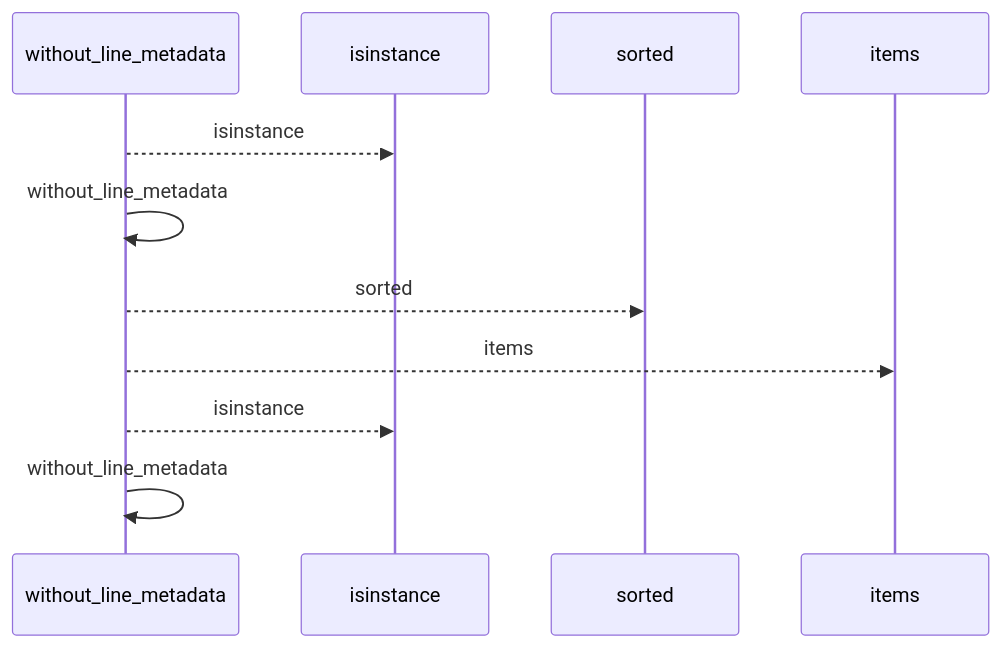
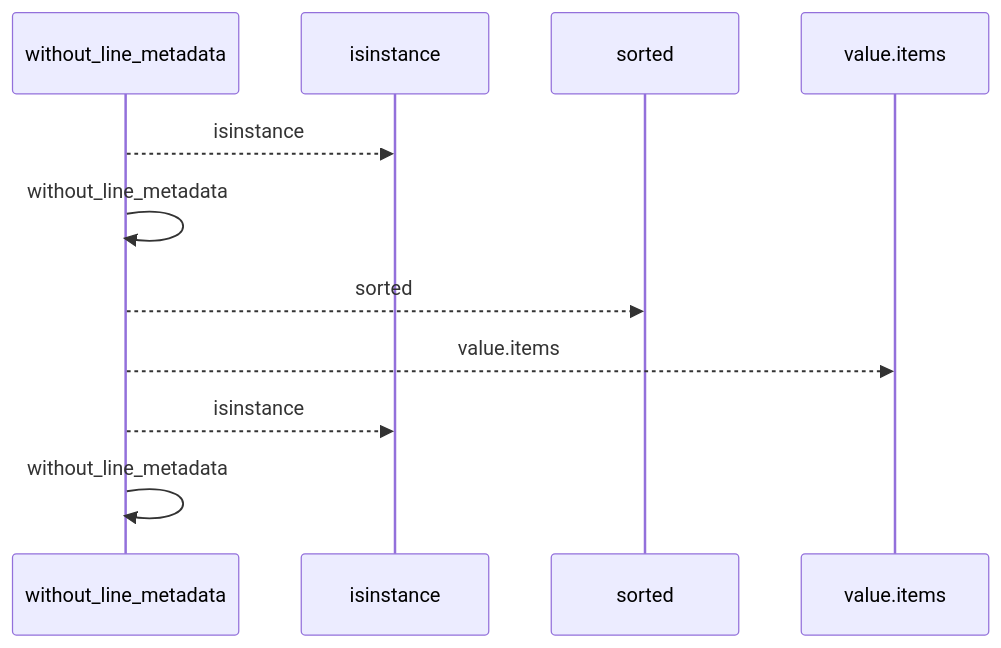
One commit to Denissvgn/python-wiki-llm changed the first of 2 diagrams in docs/llm_wiki/flows/api-without_line_metadata.md. Above: the diagram before and after it, drawn with Mermaid. The commit also changed other lines of this file and 719 other files, not shown here.

````diff
--- a/docs/llm_wiki/flows/api-without_line_metadata.md
+++ b/docs/llm_wiki/flows/api-without_line_metadata.md
@@ -10,13 +10,13 @@
 ```mermaid
 sequenceDiagram
     participant p0 as without_line_metadata
     participant p1 as isinstance
     participant p2 as sorted
-    participant p3 as items
+    participant p3 as value.items
     p0-->>p1: isinstance
     p0->>p0: without_line_metadata
     p0-->>p2: sorted
-    p0-->>p3: items
+    p0-->>p3: value.items
     p0-->>p1: isinstance
     p0->>p0: without_line_metadata
 ```
````
